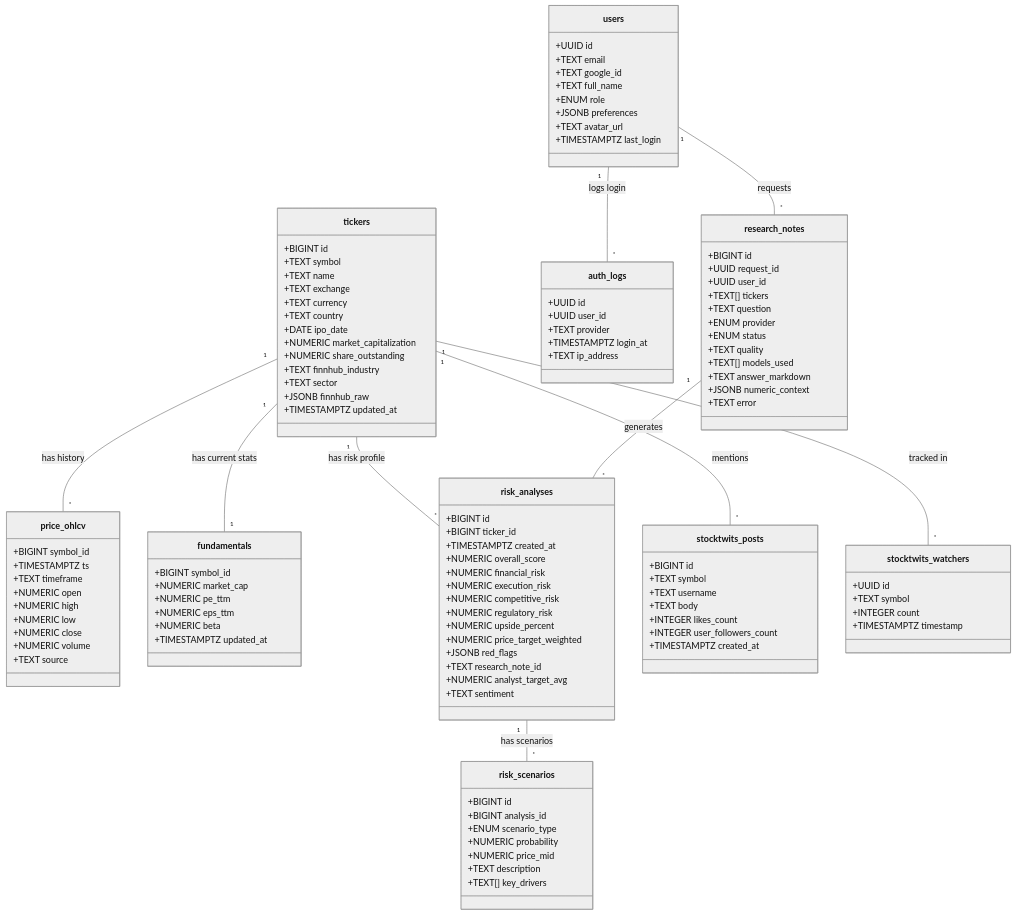
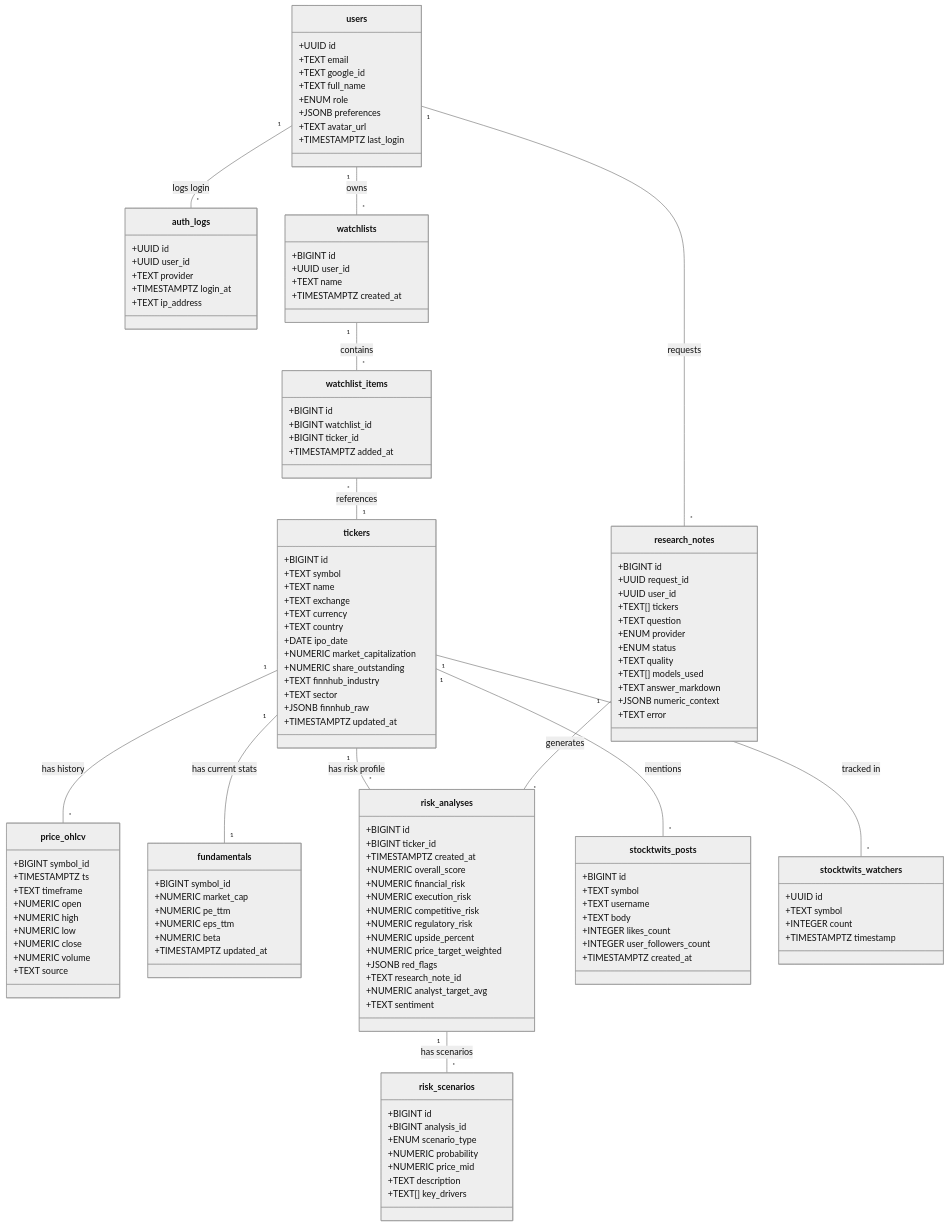
The diagram in README.md (404-Profit-Not-Found/neural-ticker-core), drawn with Mermaid (neutral theme) before and after one commit. The commit also changed 14 other files, not shown here.

````diff
--- a/README.md
+++ b/README.md
@@ -145,6 +145,20 @@
         +TIMESTAMPTZ timestamp
     }
 
+    class watchlists {
+        +BIGINT id
+        +UUID user_id
+        +TEXT name
+        +TIMESTAMPTZ created_at
+    }
+
+    class watchlist_items {
+        +BIGINT id
+        +BIGINT watchlist_id
+        +BIGINT ticker_id
+        +TIMESTAMPTZ added_at
+    }
+
     tickers "1" -- "*" price_ohlcv : has history
     tickers "1" -- "1" fundamentals : has current stats
     tickers "1" -- "*" risk_analyses : has risk profile
@@ -154,4 +168,7 @@
     research_notes "1" -- "*" risk_analyses : generates
     users "1" -- "*" auth_logs : logs login
     users "1" -- "*" research_notes : requests
+    users "1" -- "*" watchlists : owns
+    watchlists "1" -- "*" watchlist_items : contains
+    watchlist_items "*" -- "1" tickers : references
 ```
````
